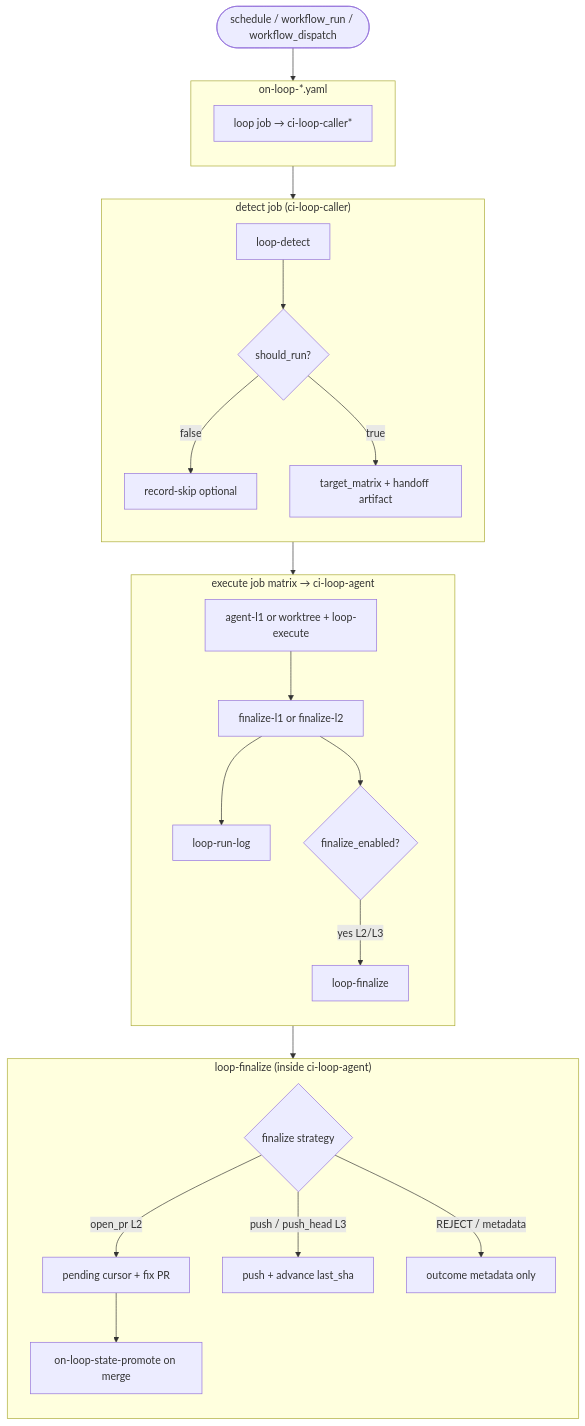
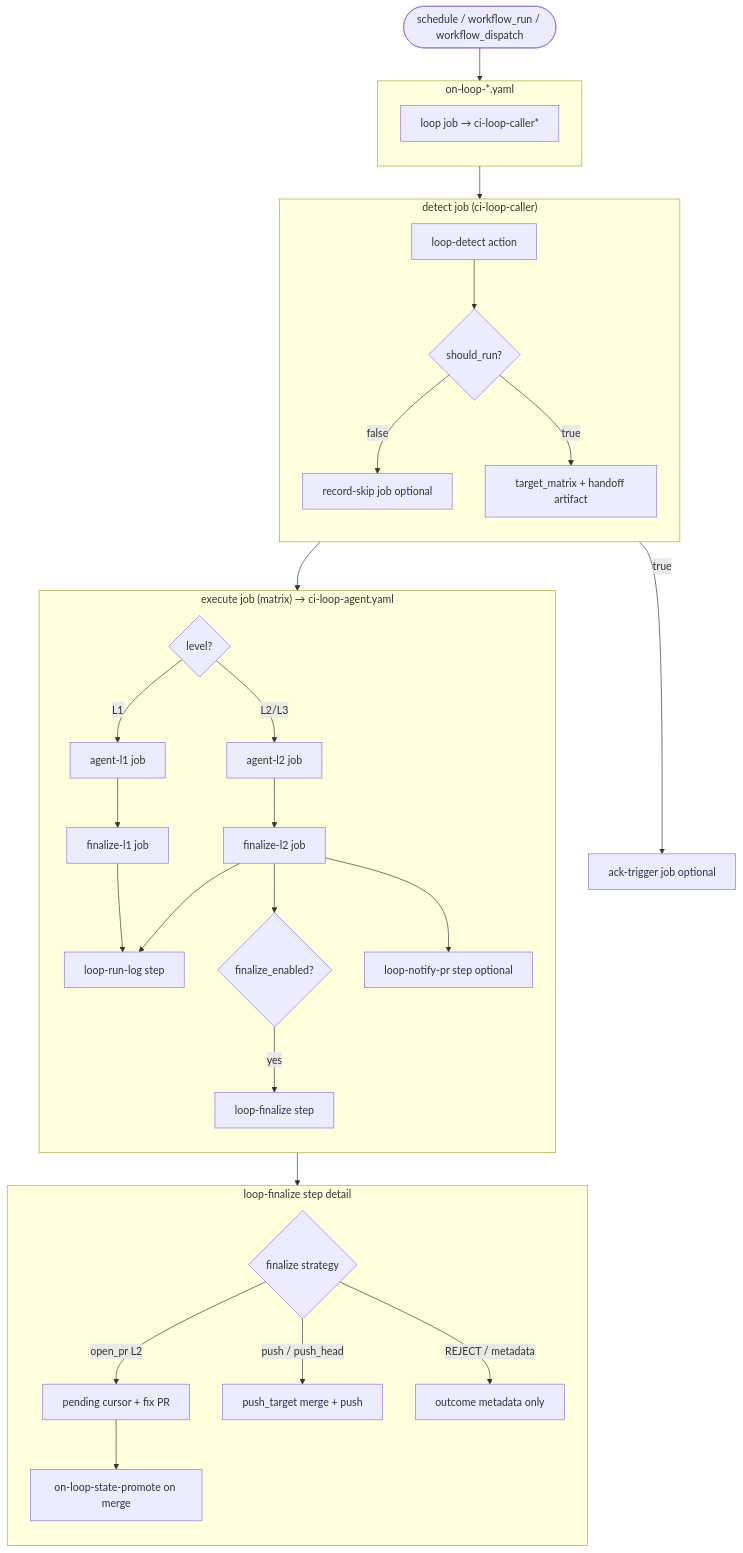
The first of 3 diagrams in docs/explanation/loop-engineering/loop-engineering-design.md (y-miyazaki/config), drawn with Mermaid before and after one commit. The commit also changed other lines of this file and 1 other file, not shown here.

Commit message:
refactor(loop-engineering): clarify job structure and responsibilities in design documentation
Updated the loop-engineering design documentation to enhance clarity on job structures and responsibilities. Changes include renaming job components for consistency, detailing the execution flow, and specifying the role of `finalize_enabled` in the context of job execution. This refactor aims to improve understanding of the workflow architecture and its components.

````diff
--- a/docs/explanation/loop-engineering/loop-engineering-design.md
+++ b/docs/explanation/loop-engineering/loop-engineering-design.md
@@ -222,37 +225,44 @@
 ```mermaid
 flowchart TD
     trigger([schedule / workflow_run / workflow_dispatch]) --> caller
 
     subgraph caller["on-loop-*.yaml"]
         direction TB
         C1[loop job → ci-loop-caller*]
     end
 
     C1 --> detect
 
     subgraph detect["detect job (ci-loop-caller)"]
         direction TB
-        D1[loop-detect] --> D2{should_run?}
-        D2 -->|false| D_SKIP[record-skip optional]
+        D1[loop-detect action] --> D2{should_run?}
+        D2 -->|false| D_SKIP[record-skip job optional]
         D2 -->|true| D3[target_matrix + handoff artifact]
     end
 
-    D3 --> execute
-    subgraph execute["execute job matrix → ci-loop-agent"]
+    D2 -->|true| ACK[ack-trigger job optional]
+    D3 --> EXEC_RW
+
+    subgraph EXEC_RW["execute job (matrix) → ci-loop-agent.yaml"]
         direction TB
-        A1[agent-l1 or worktree + loop-execute]
-        A1 --> F1[finalize-l1 or finalize-l2]
-        F1 --> F_LOG[loop-run-log]
-        F1 --> F_LAND{finalize_enabled?}
-        F_LAND -->|yes L2/L3| F_FIN[loop-finalize]
+        LEVEL{level?}
+        LEVEL -->|L1| A_L1[agent-l1 job]
+        A_L1 --> F_L1[finalize-l1 job]
+        LEVEL -->|L2/L3| A_L2[agent-l2 job]
+        A_L2 --> F_L2[finalize-l2 job]
+        F_L1 --> F_LOG[loop-run-log step]
+        F_L2 --> F_LOG
+        F_L2 --> F_LAND{finalize_enabled?}
+        F_LAND -->|yes| F_FIN[loop-finalize step]
+        F_L2 --> F_NOTIFY[loop-notify-pr step optional]
     end
 
-    subgraph finalize_inside["loop-finalize (inside ci-loop-agent)"]
+    subgraph finalize_inside["loop-finalize step detail"]
         direction TB
-        F1 --> F_STRAT{finalize strategy}
+        F_FIN --> F_STRAT{finalize strategy}
         F_STRAT -->|open_pr L2| F_PENDING[pending cursor + fix PR]
-        F_STRAT -->|push / push_head L3| F_PUSH[push + advance last_sha]
+        F_STRAT -->|push / push_head| F_PUSH[push_target merge + push]
         F_STRAT -->|REJECT / metadata| F_META[outcome metadata only]
         F_PENDING --> F_PROMOTE[on-loop-state-promote on merge]
     end
 ```
````
